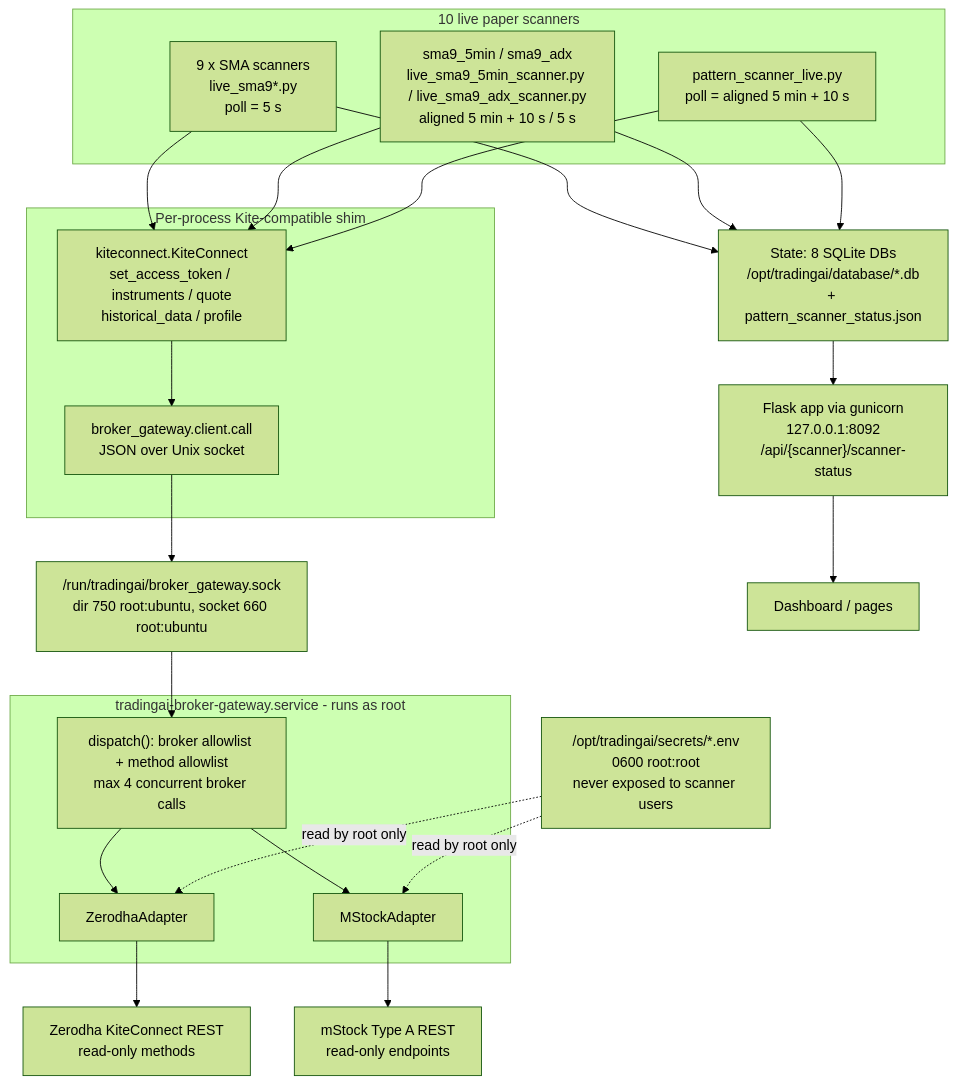
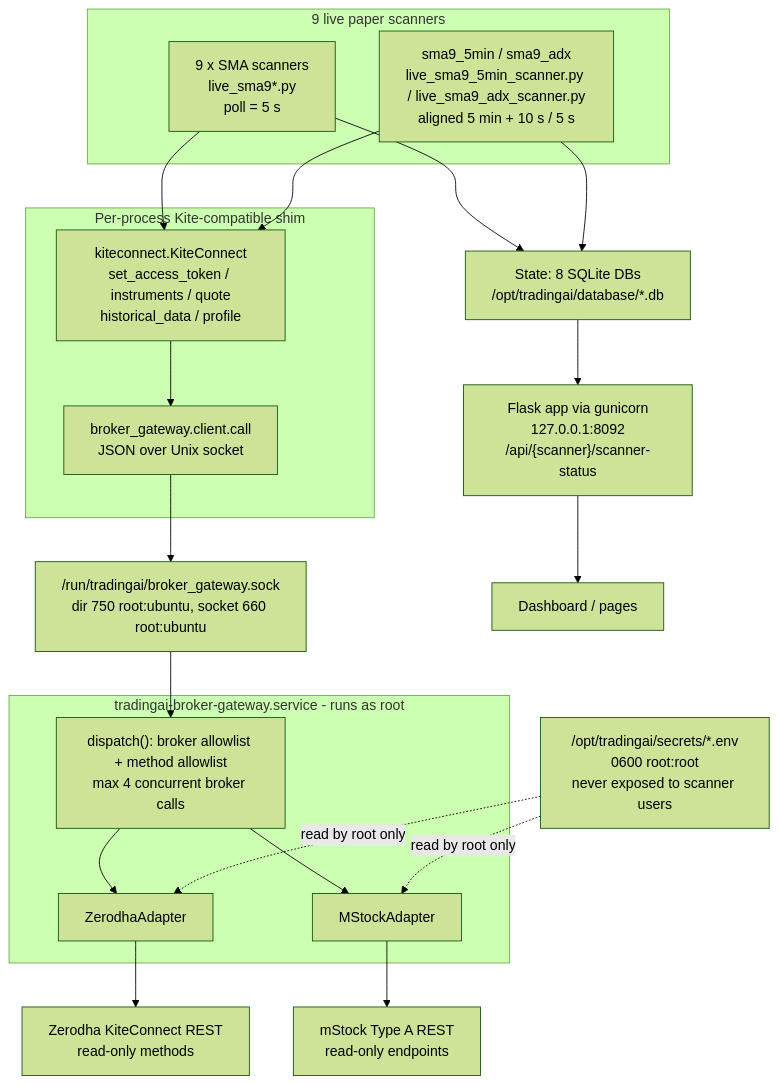
The first of 5 diagrams in docs/SCANNER_BROKER_ARCHITECTURE.md (vedurada/tradingai-lightweight), drawn with Mermaid (forest theme) before and after one commit. The commit also changed other lines of this file and 25 other files, not shown here.

First line of the commit message:
Retire Pattern Scanner (full removal)

````diff
--- a/docs/SCANNER_BROKER_ARCHITECTURE.md
+++ b/docs/SCANNER_BROKER_ARCHITECTURE.md
@@ -19,46 +19,43 @@
 ```mermaid
 flowchart TB
-    subgraph SCANNERS["10 live paper scanners"]
+    subgraph SCANNERS["9 live paper scanners"]
         SMA["9 x SMA scanners<br/>live_sma9*.py<br/>poll = 5 s"]
         SMA5["sma9_5min / sma9_adx<br/>live_sma9_5min_scanner.py / live_sma9_adx_scanner.py<br/>aligned 5 min + 10 s / 5 s"]
-        PAT["pattern_scanner_live.py<br/>poll = aligned 5 min + 10 s"]
     end
 
     subgraph SHIMLAYER["Per-process Kite-compatible shim"]
         KC["kiteconnect.KiteConnect<br/>set_access_token / instruments / quote<br/>historical_data / profile"]
         CL["broker_gateway.client.call<br/>JSON over Unix socket"]
         KC --> CL
     end
 
     SOCK["/run/tradingai/broker_gateway.sock<br/>dir 750 root:ubuntu, socket 660 root:ubuntu"]
 
     subgraph GW["tradingai-broker-gateway.service - runs as root"]
         DISP["dispatch(): broker allowlist + method allowlist<br/>max 4 concurrent broker calls"]
         ZA["ZerodhaAdapter"]
         MA["MStockAdapter"]
         DISP --> ZA
         DISP --> MA
     end
 
     SEC["/opt/tradingai/secrets/*.env<br/>0600 root:root<br/>never exposed to scanner users"]
 
     ZAPI["Zerodha KiteConnect REST<br/>read-only methods"]
     MAPI["mStock Type A REST<br/>read-only endpoints"]
 
-    STATE["State: 8 SQLite DBs<br/>/opt/tradingai/database/*.db<br/>+ pattern_scanner_status.json"]
+    STATE["State: 8 SQLite DBs<br/>/opt/tradingai/database/*.db"]
     API["Flask app via gunicorn<br/>127.0.0.1:8092<br/>/api/{scanner}/scanner-status"]
     UI["Dashboard / pages"]
 
     SMA --> KC
     SMA5 --> KC
-    PAT --> KC
     CL --> SOCK --> DISP
     SEC -. read by root only .-> ZA
     SEC -. read by root only .-> MA
     ZA --> ZAPI
     MA --> MAPI
     SMA --> STATE
     SMA5 --> STATE
-    PAT --> STATE
     STATE --> API --> UI
 ```
````
